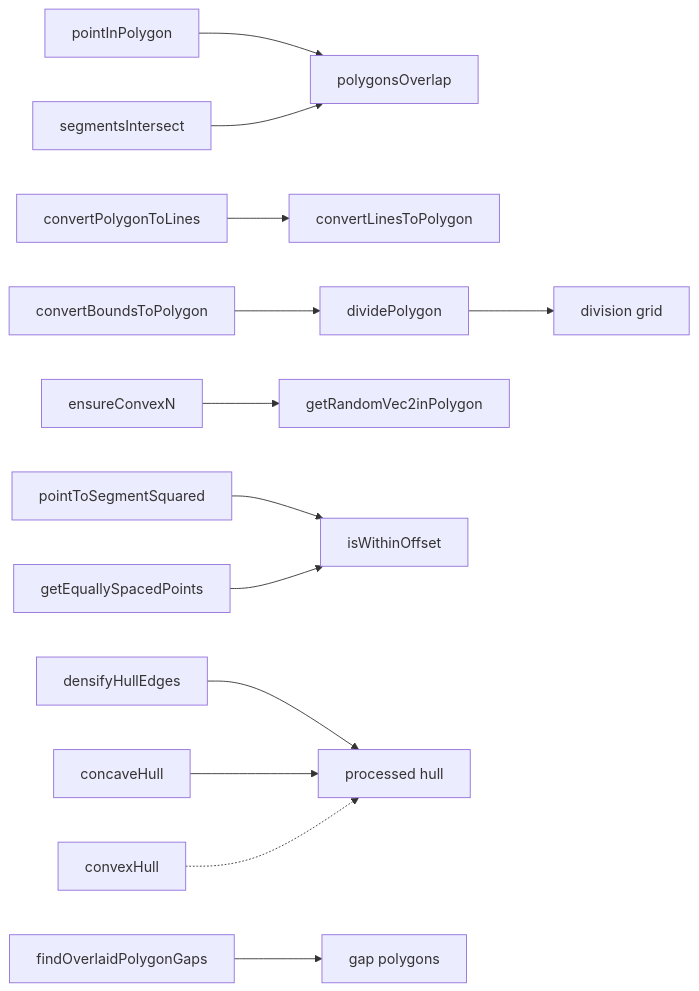
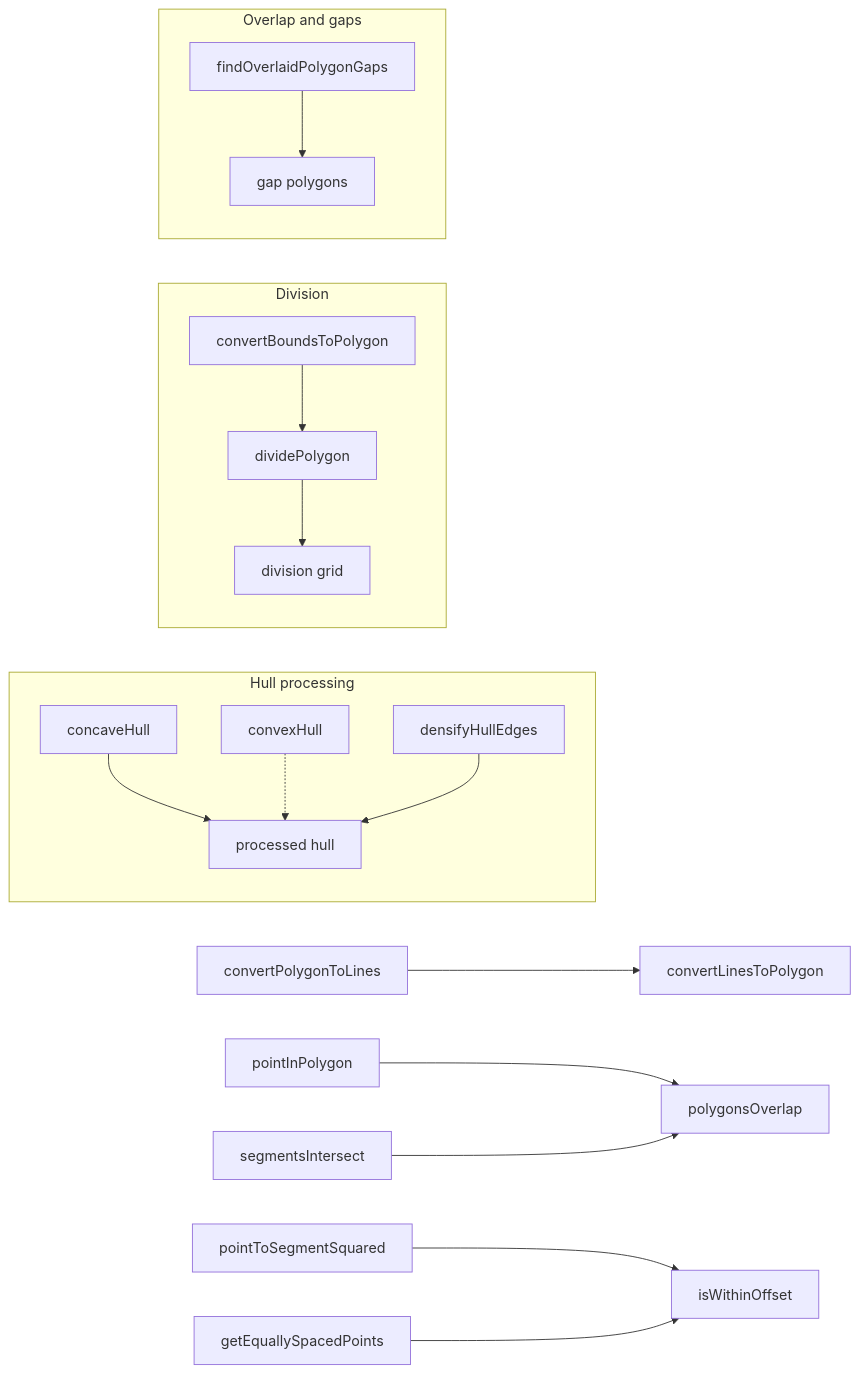
One commit to Gh0st352/AETHR changed the first of 7 diagrams in docs/poly/README.md. Above: the diagram before and after it, drawn with Mermaid. The commit also changed other lines of this file and 9 other files, not shown here.

First line of the commit message:
docs(poly): improve README headings and mermaid diagrams

````diff
--- a/docs/poly/README.md
+++ b/docs/poly/README.md
@@ -52,15 +52,24 @@
 ```mermaid
+%% shared theme: docs/_mermaid/theme.json %%
 flowchart LR
+  subgraph "Hull processing"
+    CH[concaveHull] --> HULL[processed hull]
+    CV[convexHull] -.-> HULL
+    DEN[densifyHullEdges] --> HULL
+  end
+  subgraph "Division"
+    CBB[convertBoundsToPolygon] --> DIV[dividePolygon]
+    DIV --> GRID[division grid]
+  end
+  subgraph "Overlap and gaps"
+    FOG[findOverlaidPolygonGaps] --> GAPS[gap polygons]
+  end
+  CPL[convertPolygonToLines] --> L2P[convertLinesToPolygon]
   PIP[pointInPolygon] --> POLYOV[polygonsOverlap]
   SEG[segmentsIntersect] --> POLYOV
-  CPL[convertPolygonToLines] --> L2P[convertLinesToPolygon]
-  DIV[dividePolygon] --> GRID[division grid]
-  ENS[ensureConvexN] --> RAND[getRandomVec2inPolygon]
   P2S[pointToSegmentSquared] --> IOFF[isWithinOffset]
   ESP[getEquallySpacedPoints] --> IOFF
-  DEN[densifyHullEdges] --> HULL[processed hull]
-  CH[concaveHull] --> HULL
-  CV[convexHull] -.-> HULL
-  FOG[findOverlaidPolygonGaps] --> GAPS[gap polygons]
-  CBB[convertBoundsToPolygon] --> DIV
+
+  class GRID,HULL,GAPS class_data;
+  class CH,CV,DEN,DIV,CBB,PIP,POLYOV,SEG,CPL,L2P,P2S,ESP,IOFF class_compute;
 ```
````
